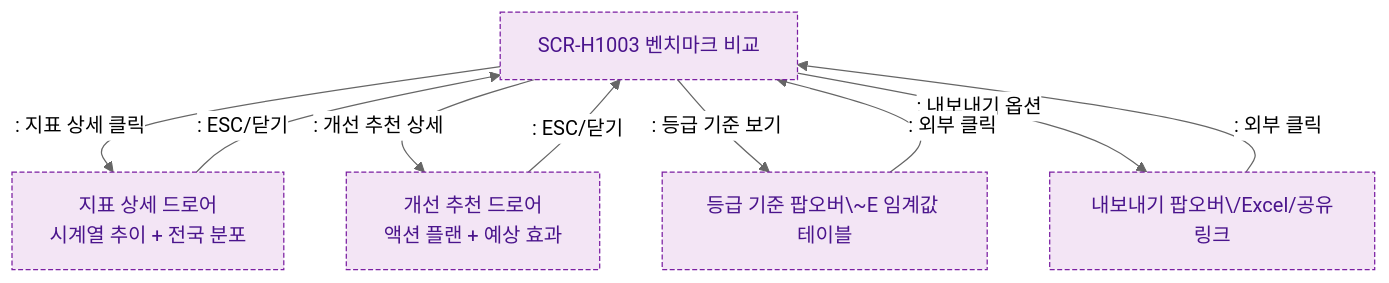
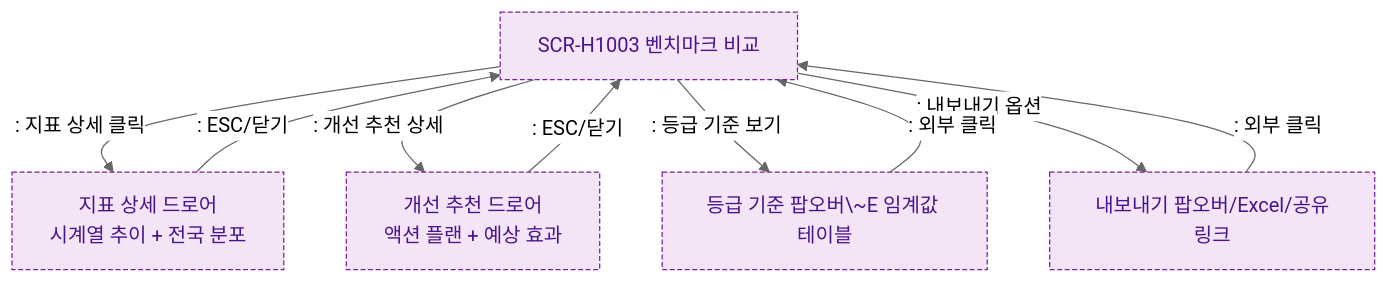
One commit to dev-spogym/admin-pando changed the diagram in docs/admin/다이어그램/D10_본사관리/SCR-H1003_벤치마크비교/F5_모달트리거.md. Above: the diagram before and after it, drawn with Mermaid (neutral theme). The commit also changed 369 other files, not shown here.

````diff
--- a/docs/admin/다이어그램/D10_본사관리/SCR-H1003_벤치마크비교/F5_모달트리거.md
+++ b/docs/admin/다이어그램/D10_본사관리/SCR-H1003_벤치마크비교/F5_모달트리거.md
@@ -12,19 +12,19 @@
 ```mermaid
 flowchart TD
     SCR102[SCR-H1003 벤치마크 비교]
 
     SCR102 -->|": 지표 상세 클릭"|DrawerMetric[지표 상세 드로어\n시계열 추이 + 전국 분포]
     SCR102 -->|": 개선 추천 상세"|DrawerSuggest[개선 추천 드로어\n액션 플랜 + 예상 효과]
     SCR102 -->|": 등급 기준 보기"|PopoverGrade[등급 기준 팝오버\~E 임계값 테이블]
-    SCR102 -->|": 내보내기 옵션"|PopoverExport[내보내기 팝오버\/Excel/공유링크]
+    SCR102 -->|": 내보내기 옵션"|PopoverExport[내보내기 팝오버/Excel/공유링크]
 
     DrawerMetric -->|": ESC/닫기"|SCR102
     DrawerSuggest -->|": ESC/닫기"|SCR102
     PopoverGrade -->|": 외부 클릭"|SCR102
     PopoverExport -->|": 외부 클릭"|SCR102
 
     classDef screen fill:#E3F2FD,stroke:#1976D2,color:#0D47A1
     classDef newFeature fill:#F3E5F5,stroke:#7B1FA2,color:#4A148C,stroke-dasharray:4 2
     class SCR102 newFeature
     class DrawerMetric,DrawerSuggest,PopoverGrade,PopoverExport newFeature
 ```
````
